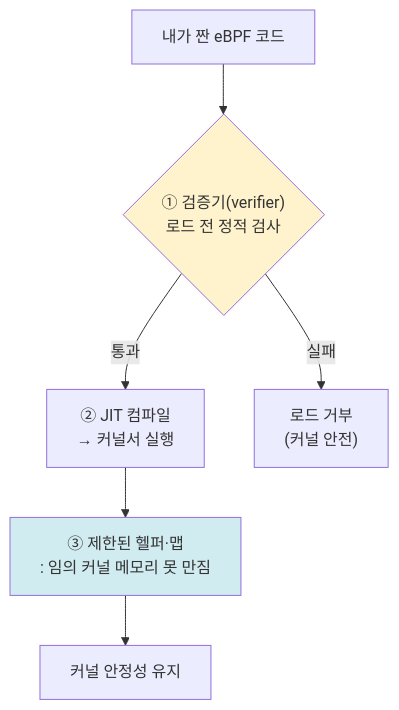
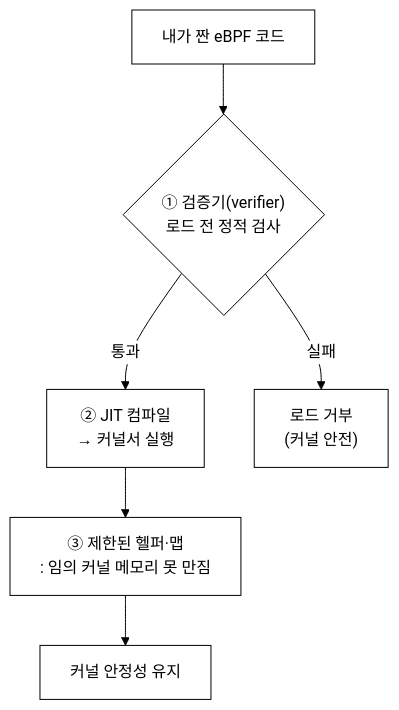
The first of 4 diagrams in docs/lecture/15주차_안전성_한계_미래와_정리.md (iamywl/ebpf-lab), drawn with Mermaid before and after one commit. The commit also changed other lines of this file and 33 other files, not shown here.

First line of the commit message:
강의자료: 다이어그램 흑백(논문 스타일) 통일 + 실제 실행 스크린샷 삽입

````diff
--- a/docs/lecture/15주차_안전성_한계_미래와_정리.md
+++ b/docs/lecture/15주차_안전성_한계_미래와_정리.md
@@ -19,10 +19,11 @@
 ```mermaid
+%%{init: {"theme":"base","themeVariables":{"background":"#ffffff","primaryColor":"#ffffff","primaryBorderColor":"#000000","primaryTextColor":"#000000","secondaryColor":"#ffffff","secondaryBorderColor":"#000000","secondaryTextColor":"#000000","tertiaryColor":"#ffffff","tertiaryBorderColor":"#000000","tertiaryTextColor":"#000000","lineColor":"#000000","textColor":"#000000","mainBkg":"#ffffff","secondBkg":"#ffffff","clusterBkg":"#ffffff","clusterBorder":"#000000","edgeLabelBackground":"#ffffff","nodeBorder":"#000000","defaultLinkColor":"#000000","titleColor":"#000000","actorBkg":"#ffffff","actorBorder":"#000000","actorTextColor":"#000000","actorLineColor":"#000000","signalColor":"#000000","signalTextColor":"#000000","labelBoxBkgColor":"#ffffff","labelBoxBorderColor":"#000000","labelTextColor":"#000000","loopTextColor":"#000000","noteBkgColor":"#ffffff","noteBorderColor":"#000000","noteTextColor":"#000000","activationBkgColor":"#ffffff","activationBorderColor":"#000000","sequenceNumberColor":"#000000","cScale0":"#ffffff","cScale1":"#ffffff","cScale2":"#ffffff","cScale3":"#ffffff","cScale4":"#ffffff","cScale5":"#ffffff","cScale6":"#ffffff","cScale7":"#ffffff","cScale8":"#ffffff","cScale9":"#ffffff","cScale10":"#ffffff","cScale11":"#ffffff","cScaleLabel0":"#000000","cScaleLabel1":"#000000","cScaleLabel2":"#000000","cScaleLabel3":"#000000","cScaleLabel4":"#000000","cScaleLabel5":"#000000","cScaleLabel6":"#000000","cScaleLabel7":"#000000","cScaleLabel8":"#000000","cScaleLabel9":"#000000","cScaleLabel10":"#000000","cScaleLabel11":"#000000","pie1":"#ffffff","pie2":"#eeeeee","pie3":"#dddddd","pie4":"#cccccc","fontFamily":"Georgia, serif"}}}%%
 flowchart TB
     SRC["내가 짠 eBPF 코드"] --> VER{"① 검증기(verifier)\n로드 전 정적 검사"}
     VER -->|"통과"| JIT["② JIT 컴파일\n→ 커널서 실행"]
     VER -->|"실패"| REJ["로드 거부\n(커널 안전)"]
     JIT --> HELP["③ 제한된 헬퍼·맵\n: 임의 커널 메모리 못 만짐"]
     HELP --> SAFE["커널 안정성 유지"]
-    style VER fill:#fff3cd
-    style HELP fill:#d1ecf1
+    style VER fill:#ffffff
+    style HELP fill:#ffffff
 ```
````
